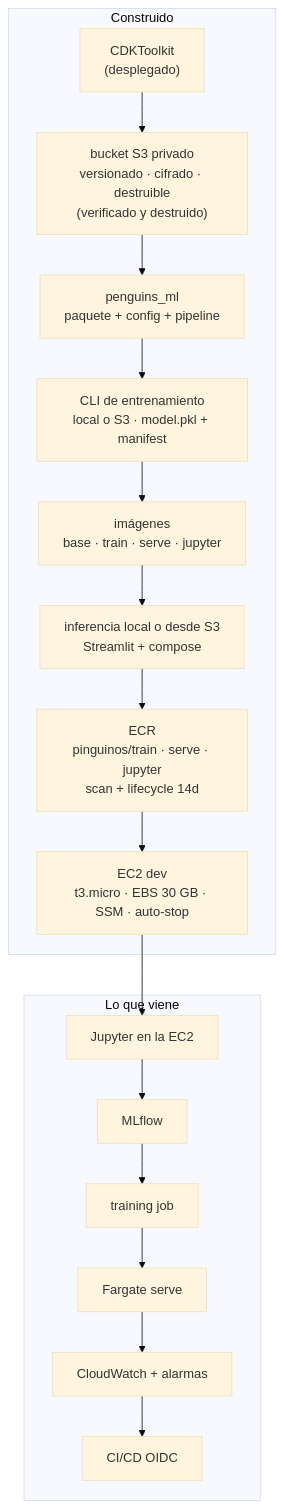
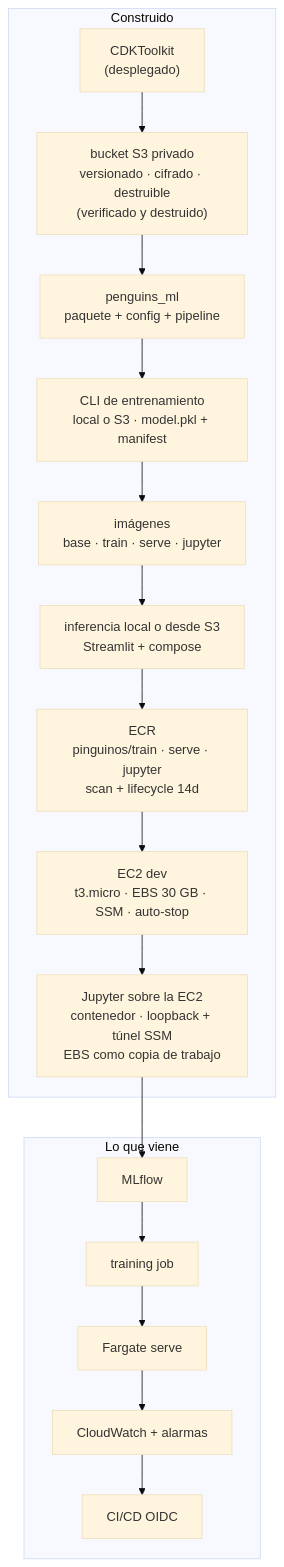
Before and after one commit to JairRamosG/Pinguinos-AWS: the ninth of 9 diagrams in docs/how-it-works.md, drawn with Mermaid (base theme). The commit also changed other lines of this file and 1 other file, not shown here.

````diff
--- a/docs/how-it-works.md
+++ b/docs/how-it-works.md
@@ -597,22 +669,22 @@
 ```mermaid
 flowchart TB
     subgraph HOY["Construido"]
         BOOT["CDKToolkit<br/>(desplegado)"]
         S3["bucket S3 privado<br/>versionado · cifrado · destruible<br/>(verificado y destruido)"]
         PKG["penguins_ml<br/>paquete + config + pipeline"]
         TRN["CLI de entrenamiento<br/>local o S3 · model.pkl + manifest"]
         IMG["imágenes<br/>base · train · serve · jupyter"]
         UI["inferencia local o desde S3<br/>Streamlit + compose"]
         ECR["ECR<br/>pinguinos/train · serve · jupyter<br/>scan + lifecycle 14d"]
         EC2["EC2 dev<br/>t3.micro · EBS 30 GB · SSM · auto-stop"]
+        JUP["Jupyter sobre la EC2<br/>contenedor · loopback + túnel SSM<br/>EBS como copia de trabajo"]
     end
     subgraph DESPUES["Lo que viene"]
-        JUP["Jupyter en la EC2"]
         MLF["MLflow"]
         JOB["training job"]
         SRV["Fargate serve"]
         OBS["CloudWatch + alarmas"]
         CI["CI/CD OIDC"]
     end
     BOOT --> S3 --> PKG --> TRN --> IMG --> UI --> ECR --> EC2 --> JUP --> MLF --> JOB --> SRV --> OBS --> CI
 ```
````
